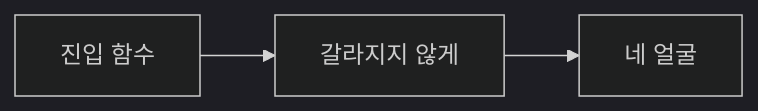
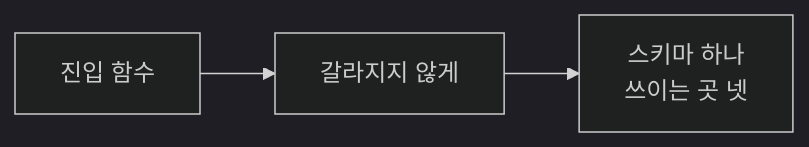
One commit to 2026-ai-service-engineering-a/ai_service_engineering-track_a changed the sixth of 28 diagrams in site/src/content/slides/ko/session-08/index.mdx. Above: the diagram before and after it, drawn with Mermaid (dark theme). The commit also changed other lines of this file and 2 other files, not shown here.

Commit message:
Say the schema is used in four places, not that it has four faces

````diff
--- a/site/src/content/slides/ko/session-08/index.mdx
+++ b/site/src/content/slides/ko/session-08/index.mdx
@@ -314,4 +314,4 @@
 ```mermaid
 flowchart LR
-    A["진입 함수"] --> B["갈라지지 않게"] --> C["네 얼굴"]
+    A["진입 함수"] --> B["갈라지지 않게"] --> C["스키마 하나<br/>쓰이는 곳 넷"]
 ```
````
